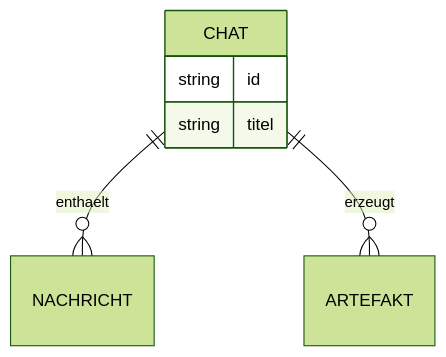
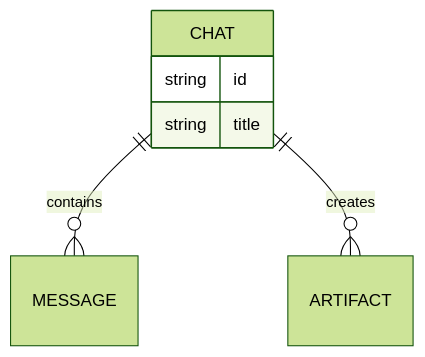
Before and after one commit to pschroee/agri-gaia-agent-gateway: the sixth of 9 diagrams in images/agw-basis/skills/mermaid/SKILL.md, drawn with Mermaid (forest theme). The commit also changed other lines of this file and 25 other files, not shown here.

````diff
--- a/images/agw-basis/skills/mermaid/SKILL.md
+++ b/images/agw-basis/skills/mermaid/SKILL.md
@@ -131,9 +131,9 @@
 ```mermaid
 erDiagram
-  CHAT ||--o{ NACHRICHT : enthaelt
-  CHAT ||--o{ ARTEFAKT : erzeugt
+  CHAT ||--o{ MESSAGE : contains
+  CHAT ||--o{ ARTIFACT : creates
   CHAT {
     string id
-    string titel
+    string title
   }
 ```
````
